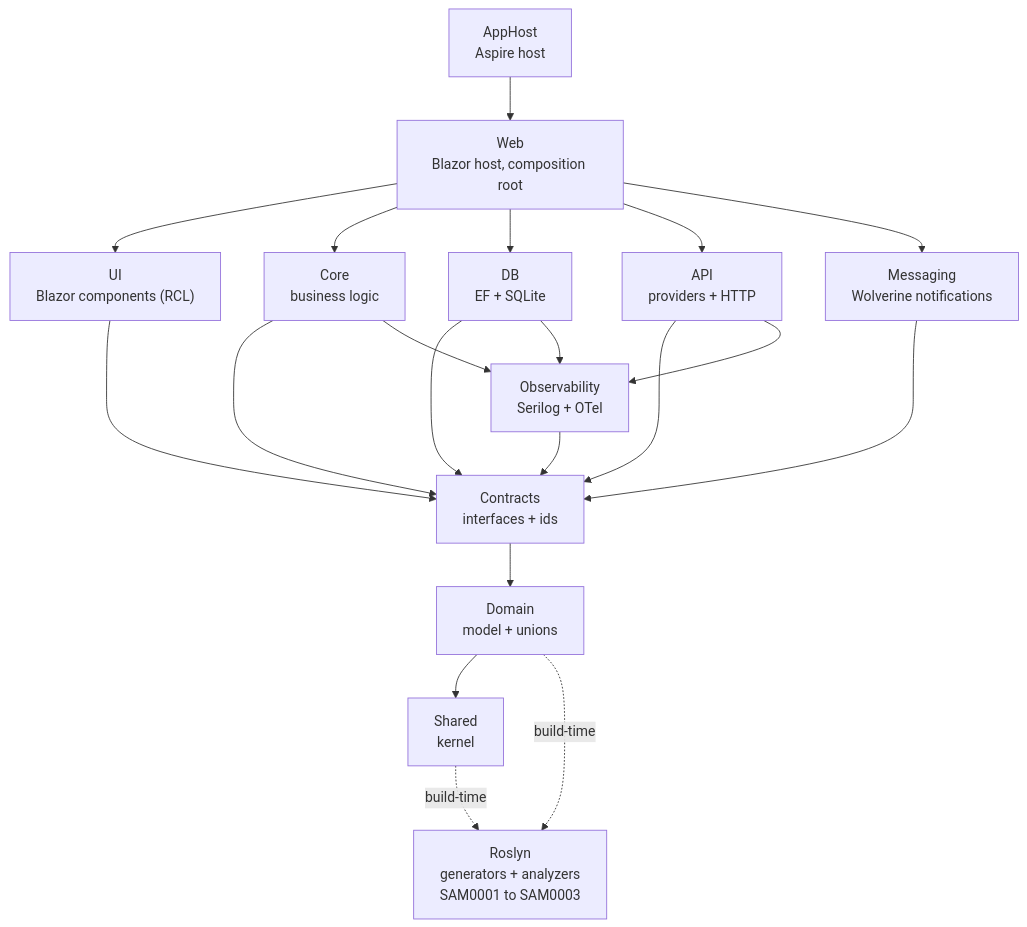
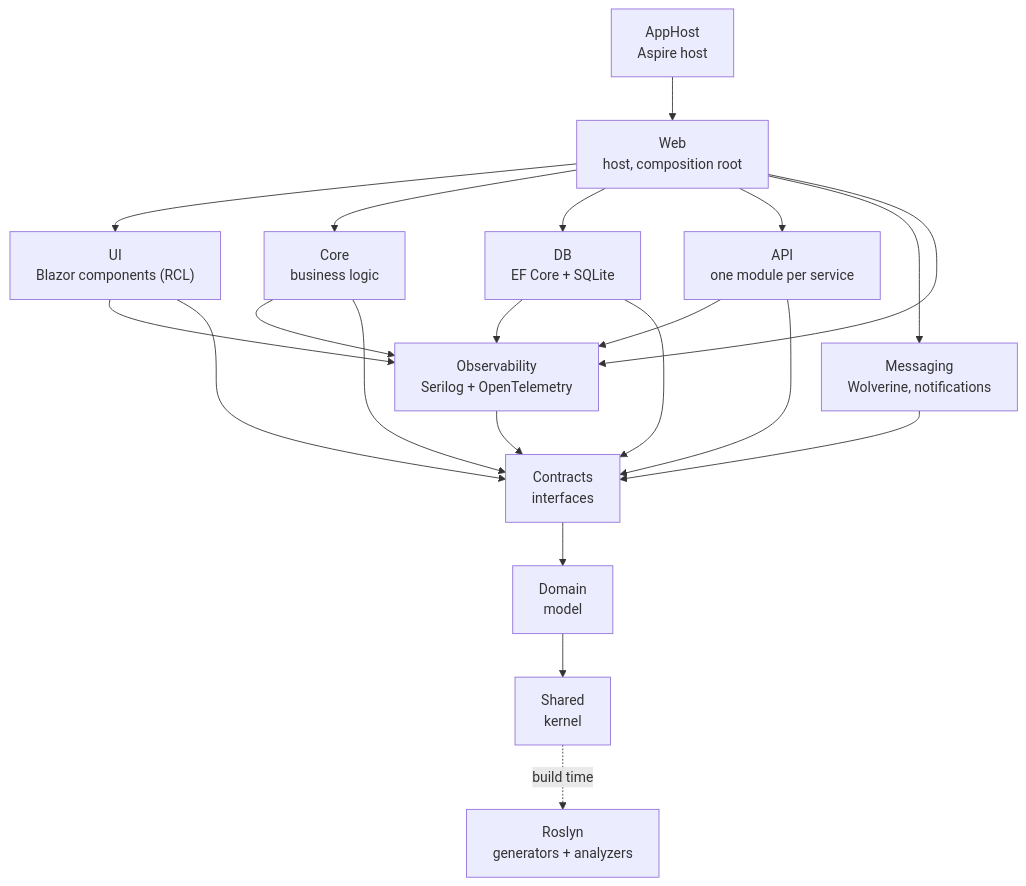
Before and after one commit to daerup/Sammlarr: the diagram in docs/architecture/sections/03-building-blocks.md, drawn with Mermaid. The commit also changed other lines of this file and 4 other files, not shown here.

Commit message:
docs(architecture): chapters 1 to 5 describe today's Sammlarr

````diff
--- a/docs/architecture/sections/03-building-blocks.md
+++ b/docs/architecture/sections/03-building-blocks.md
@@ -9,37 +10,36 @@
 ```mermaid
 flowchart TD
   apphost["AppHost<br/>Aspire host"]
-  web["Web<br/>Blazor host, composition root"]
+  web["Web<br/>host, composition root"]
   ui["UI<br/>Blazor components (RCL)"]
   core["Core<br/>business logic"]
-  db["DB<br/>EF + SQLite"]
-  api["API<br/>providers + HTTP"]
-  msg["Messaging<br/>Wolverine notifications"]
-  obs["Observability<br/>Serilog + OTel"]
-  contracts["Contracts<br/>interfaces + ids"]
-  domain["Domain<br/>model + unions"]
+  db["DB<br/>EF Core + SQLite"]
+  api["API<br/>one module per service"]
+  msg["Messaging<br/>Wolverine, notifications"]
+  obs["Observability<br/>Serilog + OpenTelemetry"]
+  contracts["Contracts<br/>interfaces"]
+  domain["Domain<br/>model"]
   shared["Shared<br/>kernel"]
-  gen["Roslyn<br/>generators + analyzers<br/>SAM0001 to SAM0003"]
+  roslyn["Roslyn<br/>generators + analyzers"]
 
   apphost --> web
   web --> ui
   web --> core
   web --> db
   web --> api
   web --> msg
+  web --> obs
+  ui --> obs
+  core --> obs
+  db --> obs
+  api --> obs
   ui --> contracts
   core --> contracts
   db --> contracts
   api --> contracts
-  core --> obs
-  db --> obs
-  api --> obs
   msg --> contracts
   obs --> contracts
-  ui ~~~ obs
-  msg ~~~ obs
   contracts --> domain
   domain --> shared
-  domain -. build-time .-> gen
-  shared -. build-time .-> gen
+  shared -. build time .-> roslyn
 ```
````
